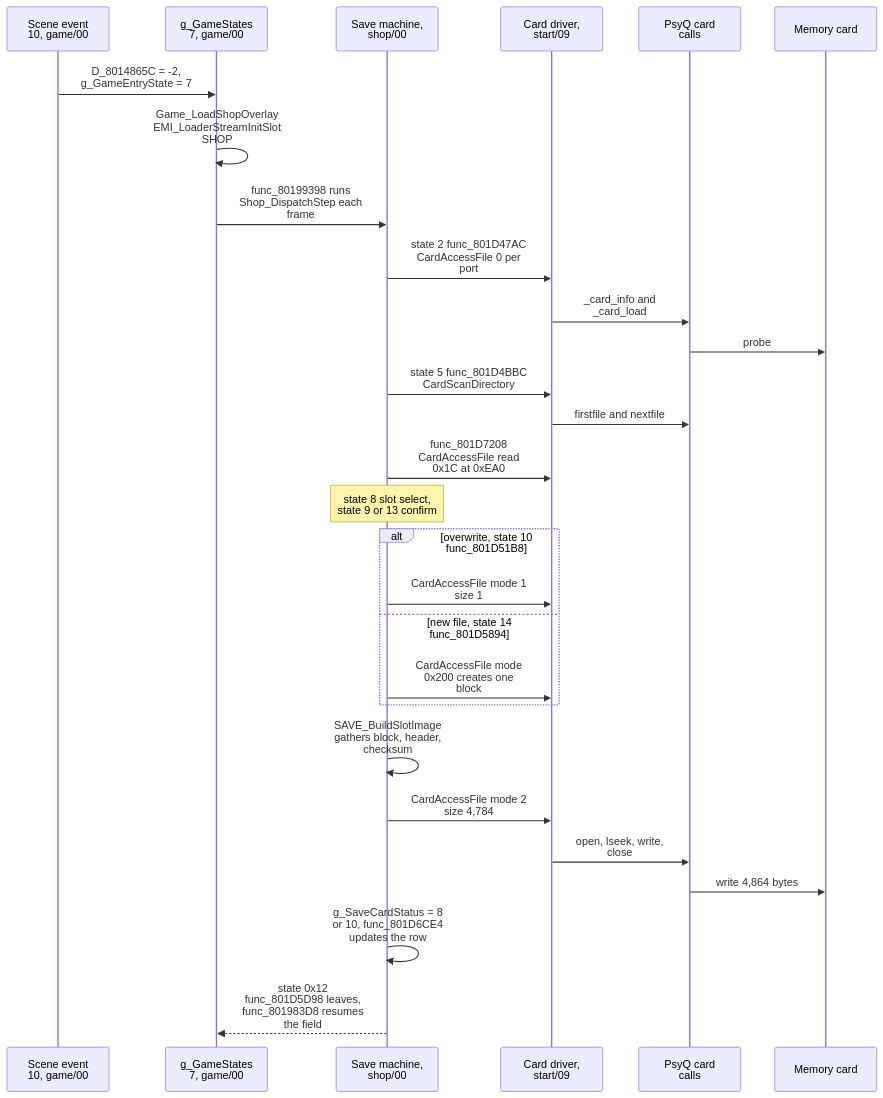
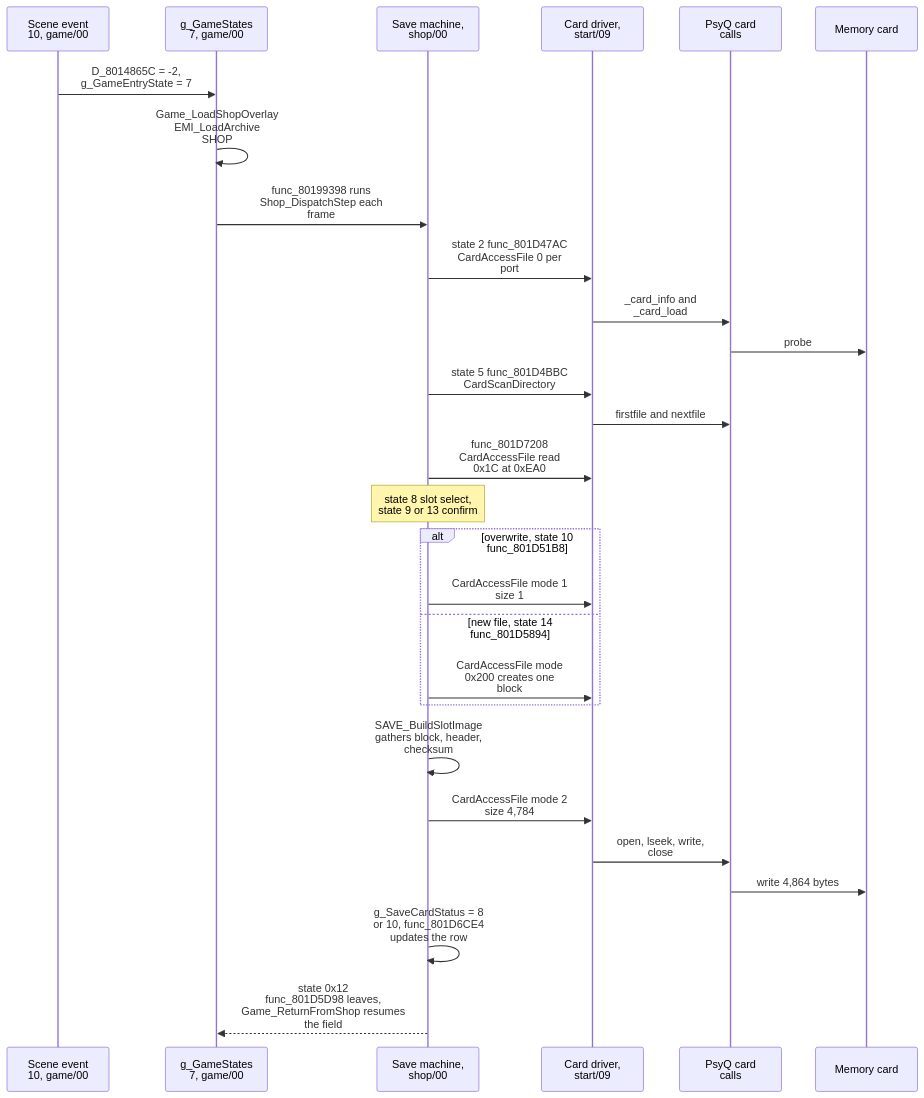
Before and after one commit to raulcorreia7/bof3-wiki: the first of 2 diagrams in src/content/docs/systems/saving.md, drawn with Mermaid. The commit also changed other lines of this file and 26 other files, not shown here.

````diff
--- a/src/content/docs/systems/saving.md
+++ b/src/content/docs/systems/saving.md
@@ -32,31 +32,31 @@
 ```mermaid
 sequenceDiagram
     participant Ev as Scene event<br/>10, game/00
     participant Main as g_GameStates<br/>7, game/00
     participant Sav as Save machine,<br/>shop/00
     participant Drv as Card driver,<br/>start/09
     participant Bios as PsyQ card<br/>calls
     participant Card as Memory card
 
     Ev->>Main: D_8014865C = -2,<br/>g_GameEntryState = 7
-    Main->>Main: Game_LoadShopOverlay<br/>EMI_LoaderStreamInitSlot<br/>SHOP
+    Main->>Main: Game_LoadShopOverlay<br/>EMI_LoadArchive<br/>SHOP
     Main->>Sav: func_80199398 runs<br/>Shop_DispatchStep each<br/>frame
     Sav->>Drv: state 2 func_801D47AC<br/>CardAccessFile 0 per<br/>port
     Drv->>Bios: _card_info and<br/>_card_load
     Bios->>Card: probe
     Sav->>Drv: state 5 func_801D4BBC<br/>CardScanDirectory
     Drv->>Bios: firstfile and nextfile
     Sav->>Drv: func_801D7208<br/>CardAccessFile read<br/>0x1C at 0xEA0
     Note over Sav: state 8 slot select,<br/>state 9 or 13 confirm
     alt overwrite, state 10<br/>func_801D51B8
         Sav->>Drv: CardAccessFile mode 1<br/>size 1
     else new file, state 14<br/>func_801D5894
         Sav->>Drv: CardAccessFile mode<br/>0x200 creates one<br/>block
     end
     Sav->>Sav: SAVE_BuildSlotImage<br/>gathers block, header,<br/>checksum
     Sav->>Drv: CardAccessFile mode 2<br/>size 4,784
     Drv->>Bios: open, lseek, write,<br/>close
     Bios->>Card: write 4,864 bytes
     Sav->>Sav: g_SaveCardStatus = 8<br/>or 10, func_801D6CE4<br/>updates the row
-    Sav-->>Main: state 0x12<br/>func_801D5D98 leaves,<br/>func_801983D8 resumes<br/>the field
+    Sav-->>Main: state 0x12<br/>func_801D5D98 leaves,<br/>Game_ReturnFromShop resumes<br/>the field
 ```
````
